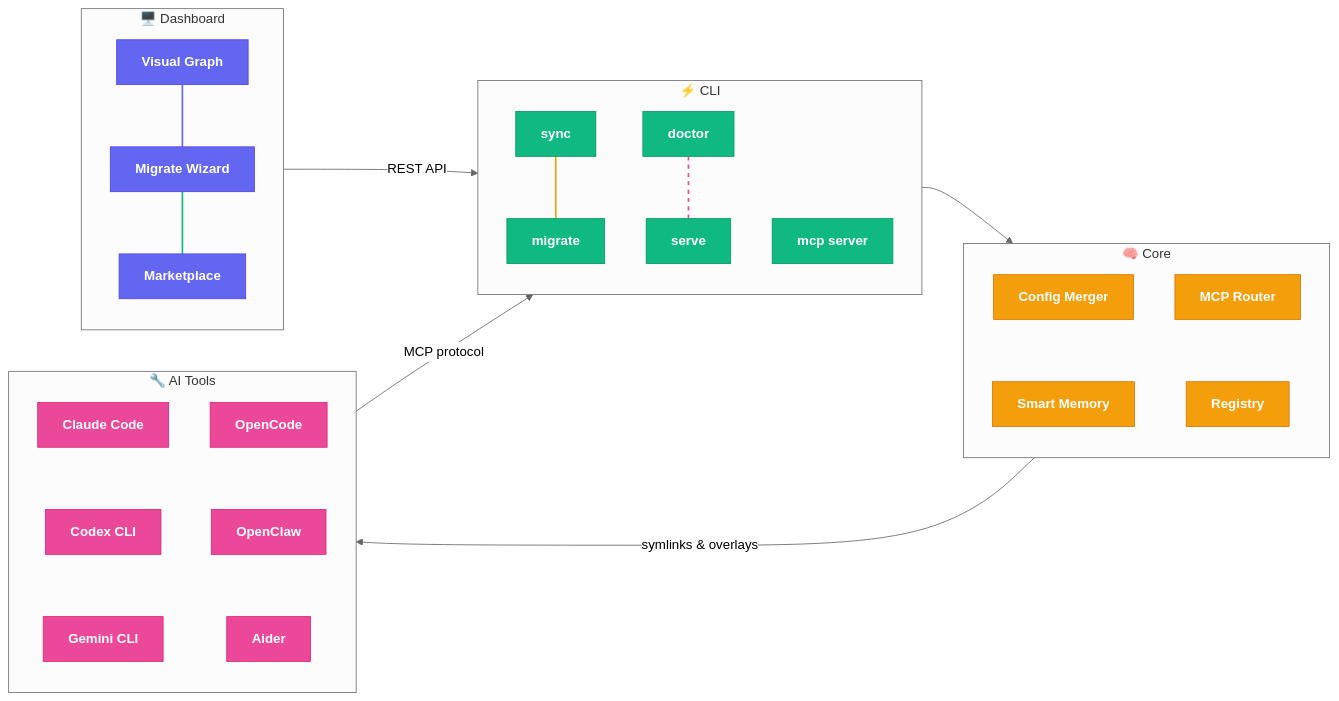
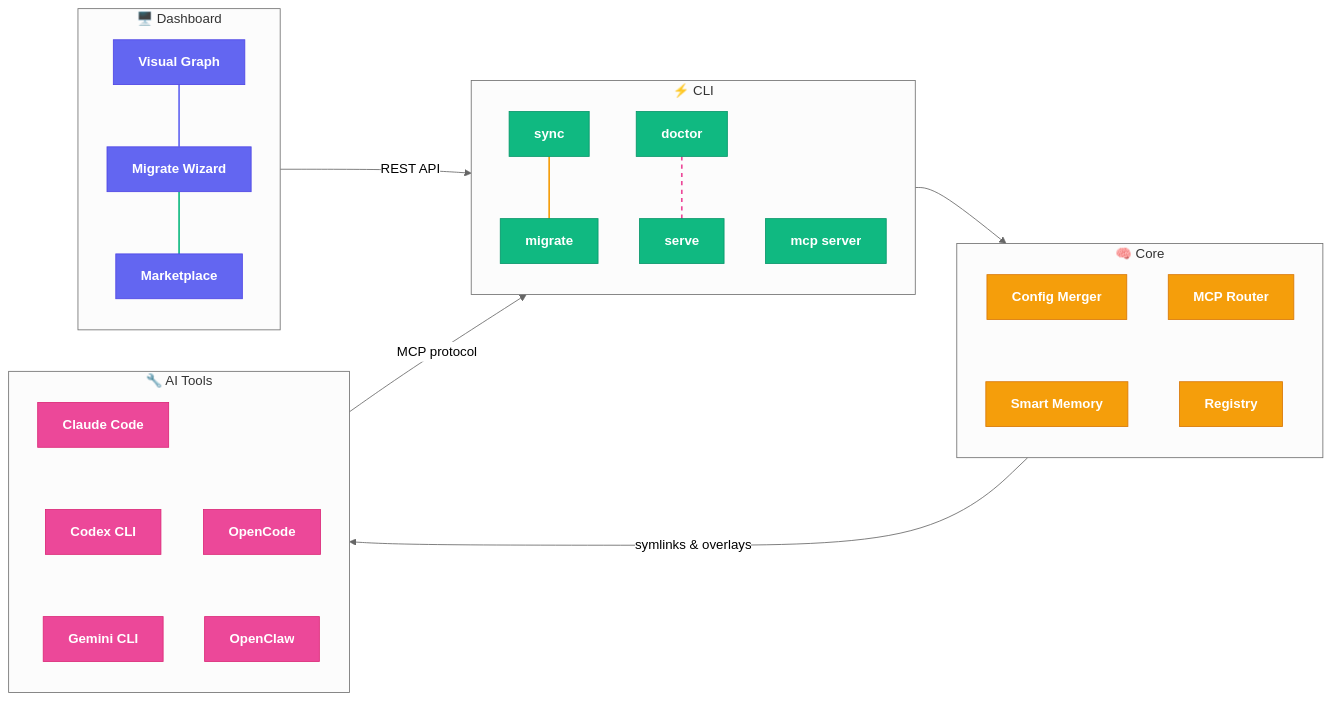
One commit to bytemines/mycelium changed the diagram in README.md. Above: the diagram before and after it, drawn with Mermaid (neutral theme). The commit also changed other lines of this file and 47 other files, not shown here.

````diff
--- a/README.md
+++ b/README.md
@@ -23,46 +23,46 @@
 ```mermaid
 graph LR
     subgraph Dashboard["🖥️ Dashboard"]
         direction TB
         Graph["Visual Graph"] ~~~ Wizard["Migrate Wizard"] ~~~ Browser["Marketplace"]
     end
 
     subgraph CLI["⚡ CLI"]
         direction TB
         Sync["sync"] ~~~ Migrate["migrate"]
         Doctor["doctor"] ~~~ Serve["serve"]
         MCP["mcp server"]
     end
 
     subgraph Core["🧠 Core"]
         direction TB
         Merger["Config Merger"] ~~~ Memory["Smart Memory"]
         Router["MCP Router"] ~~~ Registry["Registry"]
     end
 
     subgraph Tools["🔧 AI Tools"]
         direction TB
         CC["Claude Code"] ~~~ CX["Codex CLI"] ~~~ GM["Gemini CLI"]
-        OC["OpenCode"] ~~~ OW["OpenClaw"] ~~~ AI["Aider"]
+        OC["OpenCode"] ~~~ OW["OpenClaw"]
     end
 
     Dashboard -- REST API --> CLI
     CLI --> Core
     Core -- symlinks & overlays --> Tools
     Tools -- MCP protocol --> CLI
 
     classDef dashboard fill:#6366f1,stroke:#4f46e5,color:#fff,font-weight:bold
     classDef cli fill:#10b981,stroke:#059669,color:#fff,font-weight:bold
     classDef core fill:#f59e0b,stroke:#d97706,color:#fff,font-weight:bold
     classDef tools fill:#ec4899,stroke:#db2777,color:#fff,font-weight:bold
 
     class Graph,Wizard,Browser dashboard
     class Sync,Doctor,Migrate,Serve,MCP cli
     class Merger,Memory,Router,Registry core
-    class CC,CX,GM,OC,OW,AI tools
+    class CC,CX,GM,OC,OW tools
 
     linkStyle 0 stroke:#6366f1,stroke-width:2px
     linkStyle 1 stroke:#10b981,stroke-width:2px
     linkStyle 2 stroke:#f59e0b,stroke-width:2px
     linkStyle 3 stroke:#ec4899,stroke-width:2px,stroke-dasharray:5
 ```
````
